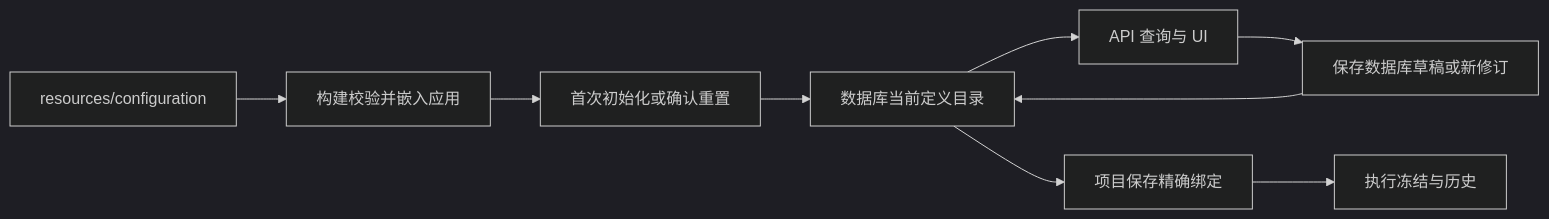
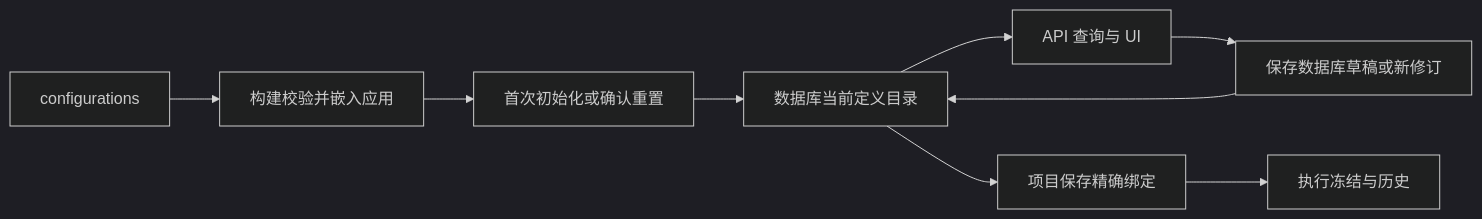
The diagram in docs/plans/configuration-template-reset/PLAN.md (xfork24/devdesk), drawn with Mermaid (dark theme) before and after one commit. The commit also changed other lines of this file and 296 other files, not shown here.

````diff
--- a/docs/plans/configuration-template-reset/PLAN.md
+++ b/docs/plans/configuration-template-reset/PLAN.md
@@ -79,11 +79,11 @@
 ```mermaid
 flowchart LR
-  A[resources/configuration] --> B[构建校验并嵌入应用]
+  A[configurations] --> B[构建校验并嵌入应用]
   B --> C[首次初始化或确认重置]
   C --> D[数据库当前定义目录]
   D --> E[API 查询与 UI]
   E --> F[保存数据库草稿或新修订]
   F --> D
   D --> G[项目保存精确绑定]
   G --> H[执行冻结与历史]
 ```
````
